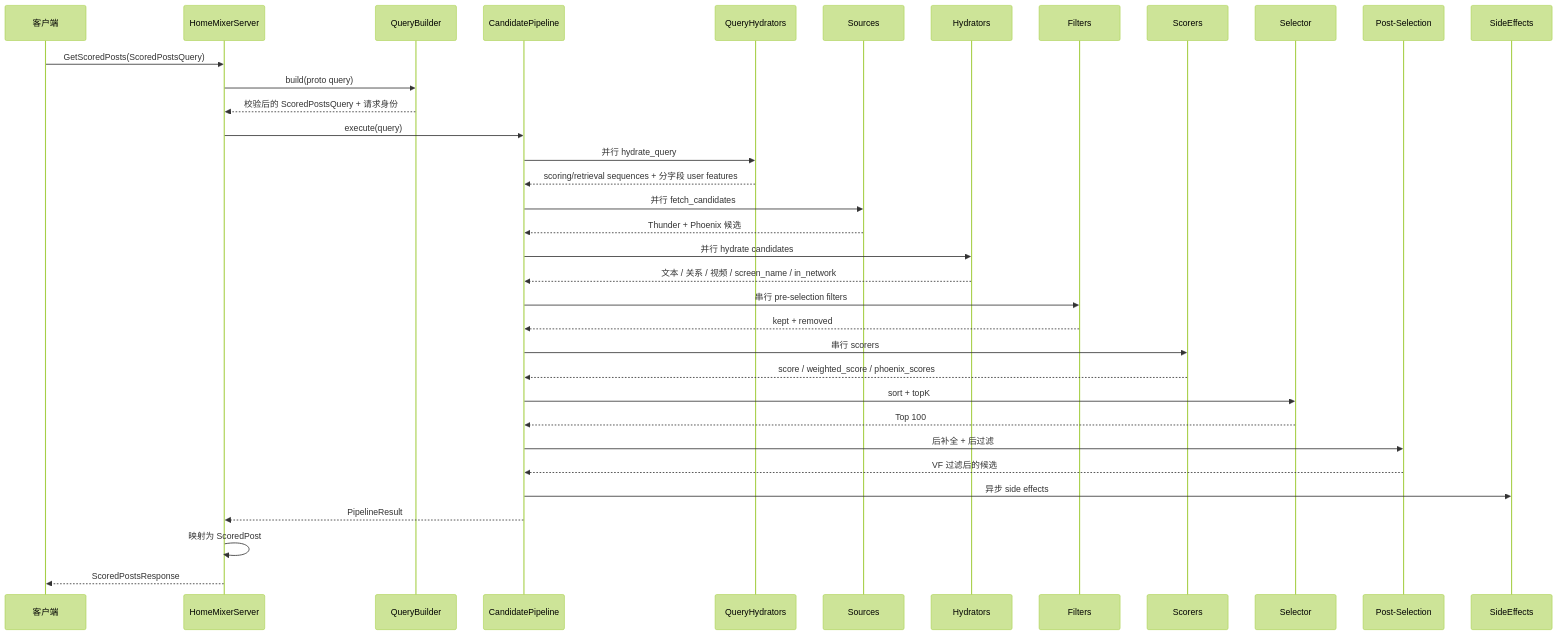
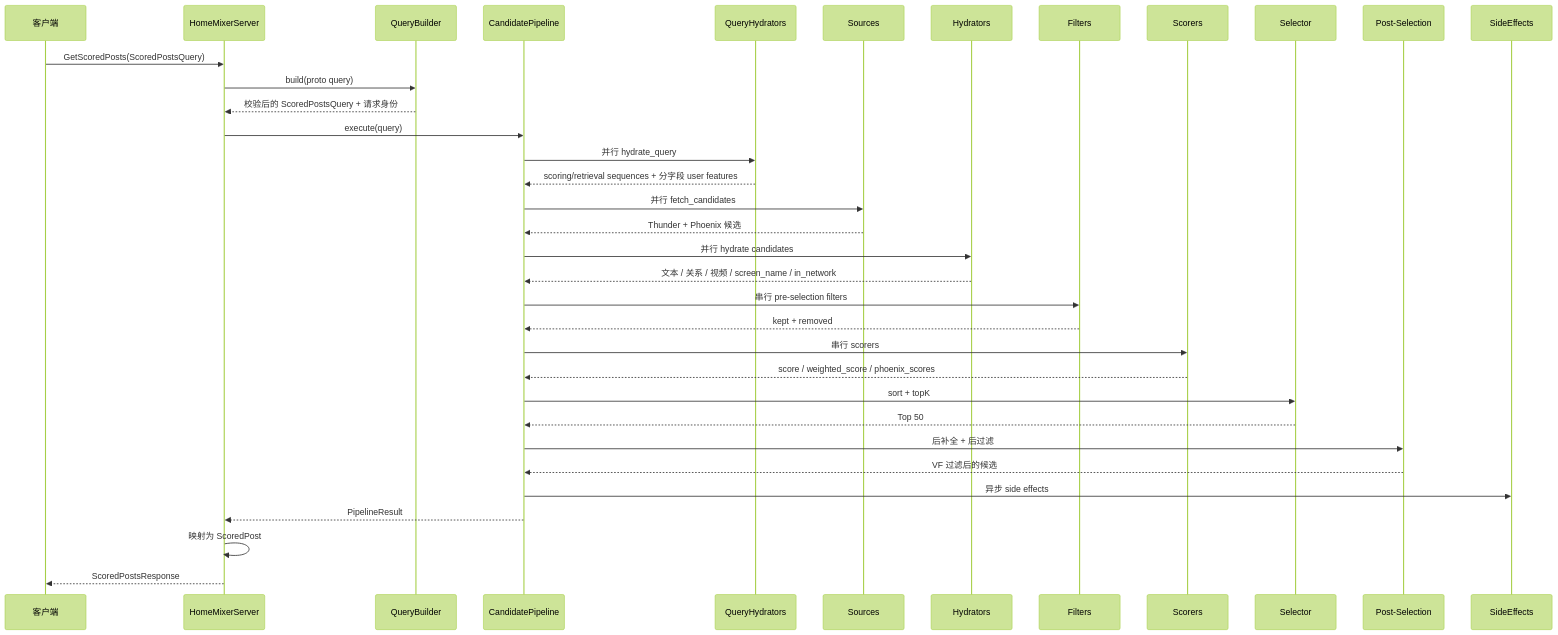
One commit to freefcw/x-algorithm changed the second of 3 diagrams in docs/home-mixer/02-request-lifecycle.md. Above: the diagram before and after it, drawn with Mermaid (forest theme). The commit also changed 12 other files, not shown here.

````diff
--- a/docs/home-mixer/02-request-lifecycle.md
+++ b/docs/home-mixer/02-request-lifecycle.md
@@ -51,46 +51,46 @@
 ```mermaid
 sequenceDiagram
     participant Client as 客户端
     participant HM as HomeMixerServer
     participant QB as QueryBuilder
     participant CP as CandidatePipeline
     participant QH as QueryHydrators
     participant SRC as Sources
     participant HYD as Hydrators
     participant FIL as Filters
     participant SCO as Scorers
     participant SEL as Selector
     participant POST as Post-Selection
     participant SE as SideEffects
 
     Client->>HM: GetScoredPosts(ScoredPostsQuery)
     HM->>QB: build(proto query)
     QB-->>HM: 校验后的 ScoredPostsQuery + 请求身份
     HM->>CP: execute(query)
 
     CP->>QH: 并行 hydrate_query
     QH-->>CP: scoring/retrieval sequences + 分字段 user features
 
     CP->>SRC: 并行 fetch_candidates
     SRC-->>CP: Thunder + Phoenix 候选
 
     CP->>HYD: 并行 hydrate candidates
     HYD-->>CP: 文本 / 关系 / 视频 / screen_name / in_network
 
     CP->>FIL: 串行 pre-selection filters
     FIL-->>CP: kept + removed
 
     CP->>SCO: 串行 scorers
     SCO-->>CP: score / weighted_score / phoenix_scores
 
     CP->>SEL: sort + topK
-    SEL-->>CP: Top 100
+    SEL-->>CP: Top 50
 
     CP->>POST: 后补全 + 后过滤
     POST-->>CP: VF 过滤后的候选
 
     CP->>SE: 异步 side effects
     CP-->>HM: PipelineResult
     HM->>HM: 映射为 ScoredPost
     HM-->>Client: ScoredPostsResponse
 ```
````
